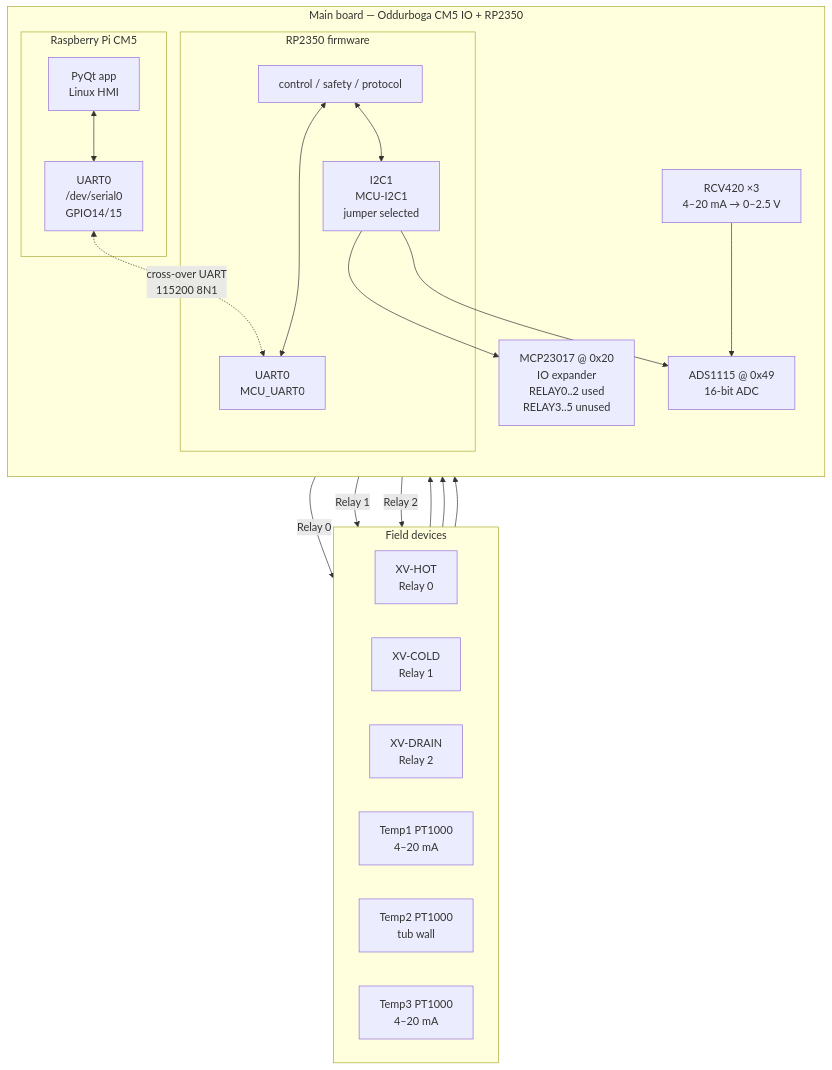
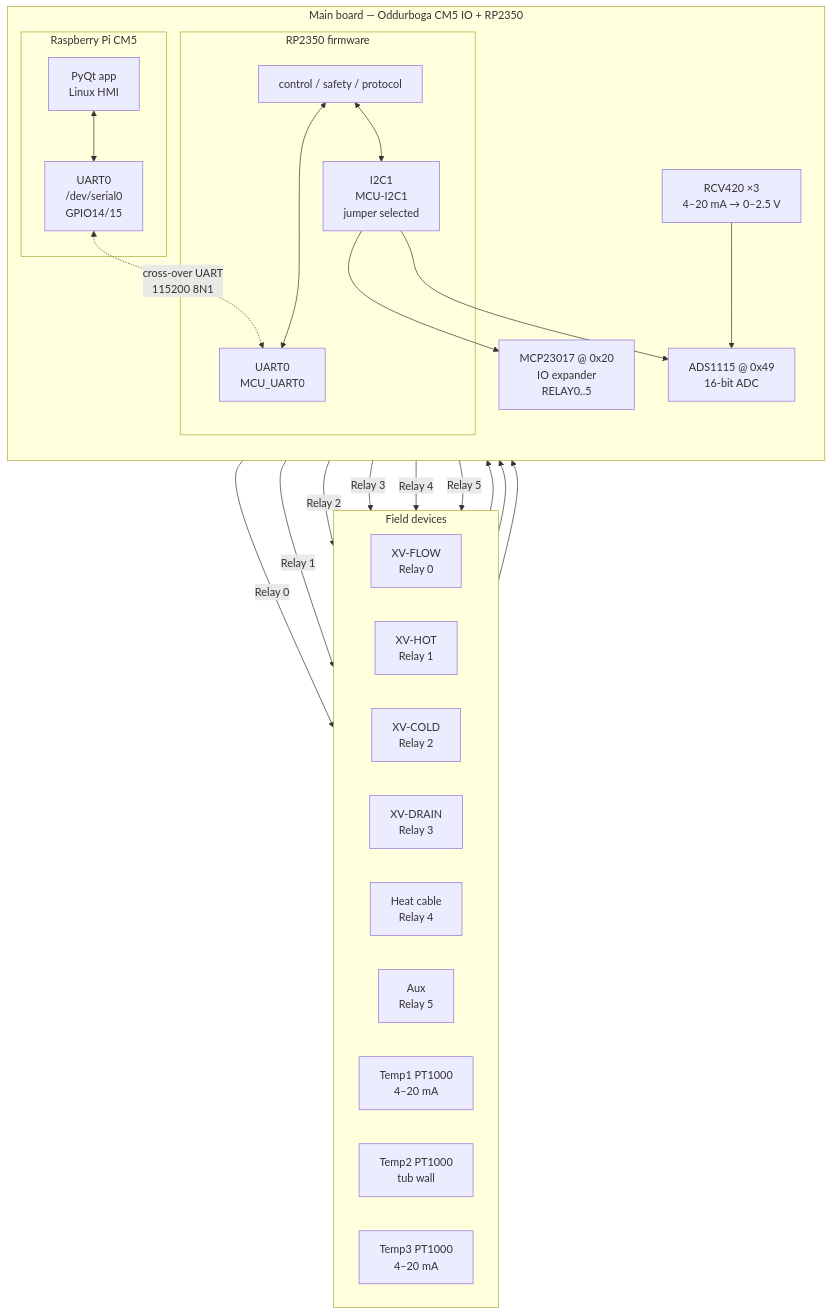
One commit to raspipcb/oddurboga-cm5-rp2350 changed the second of 5 diagrams in doc/diagrams.md. Above: the diagram before and after it, drawn with Mermaid. The commit also changed other lines of this file and 12 other files, not shown here.

````diff
--- a/doc/diagrams.md
+++ b/doc/diagrams.md
@@ -58,46 +58,52 @@
 ```mermaid
 flowchart TB
   subgraph PLANT["Field devices"]
     direction LR
-    V0["XV-HOT<br/>Relay 0"]
-    V1["XV-COLD<br/>Relay 1"]
-    V2["XV-DRAIN<br/>Relay 2"]
+    V0["XV-FLOW<br/>Relay 0"]
+    V1["XV-HOT<br/>Relay 1"]
+    V2["XV-COLD<br/>Relay 2"]
+    V3["XV-DRAIN<br/>Relay 3"]
+    V4["Heat cable<br/>Relay 4"]
+    V5["Aux<br/>Relay 5"]
     S1["Temp1 PT1000<br/>4–20 mA"]
     S2["Temp2 PT1000<br/>tub wall"]
     S3["Temp3 PT1000<br/>4–20 mA"]
   end
 
   subgraph MAIN["Main board — Oddurboga CM5 IO + RP2350"]
     direction TB
     subgraph CM5BOX["Raspberry Pi CM5"]
       PYQT["PyQt app<br/>Linux HMI"]
       UART_CM["UART0<br/>/dev/serial0<br/>GPIO14/15"]
       PYQT <--> UART_CM
     end
 
     subgraph RPBOX["RP2350 firmware"]
       FW["control / safety / protocol"]
       UART_MCU["UART0<br/>MCU_UART0"]
       I2C["I2C1<br/>MCU-I2C1<br/>jumper selected"]
       FW <--> UART_MCU
       FW <--> I2C
     end
 
-    MCP["MCP23017 @ 0x20<br/>IO expander<br/>RELAY0..2 used<br/>RELAY3..5 unused"]
+    MCP["MCP23017 @ 0x20<br/>IO expander<br/>RELAY0..5"]
     ADS["ADS1115 @ 0x49<br/>16-bit ADC"]
     RCV["RCV420 ×3<br/>4–20 mA → 0–2.5 V"]
 
     I2C --> MCP
     I2C --> ADS
     RCV --> ADS
   end
 
   UART_CM <-.->|"cross-over UART<br/>115200 8N1"| UART_MCU
 
   MCP -->|"Relay 0"| V0
   MCP -->|"Relay 1"| V1
   MCP -->|"Relay 2"| V2
+  MCP -->|"Relay 3"| V3
+  MCP -->|"Relay 4"| V4
+  MCP -->|"Relay 5"| V5
   S1 --> RCV
   S2 --> RCV
   S3 --> RCV
 ```
````
